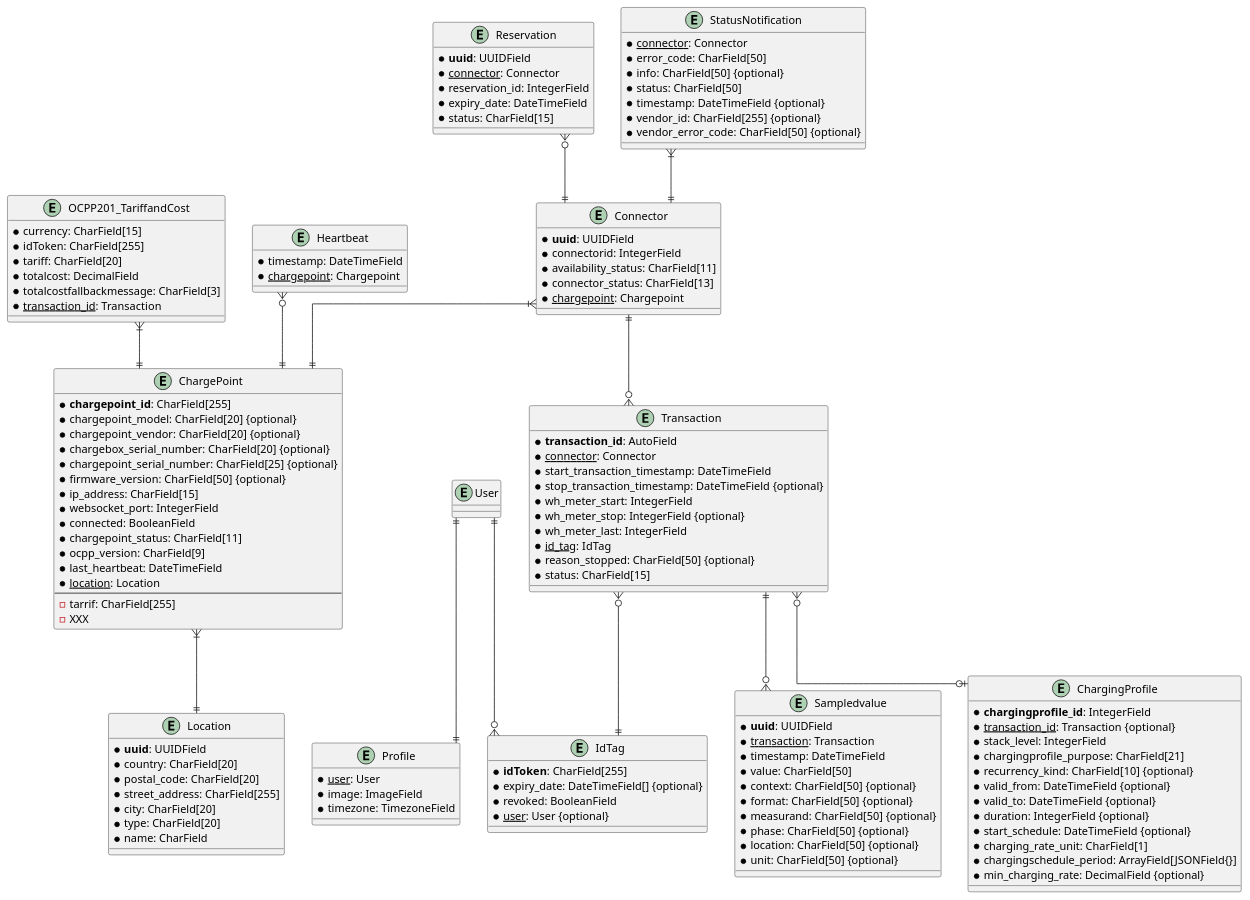
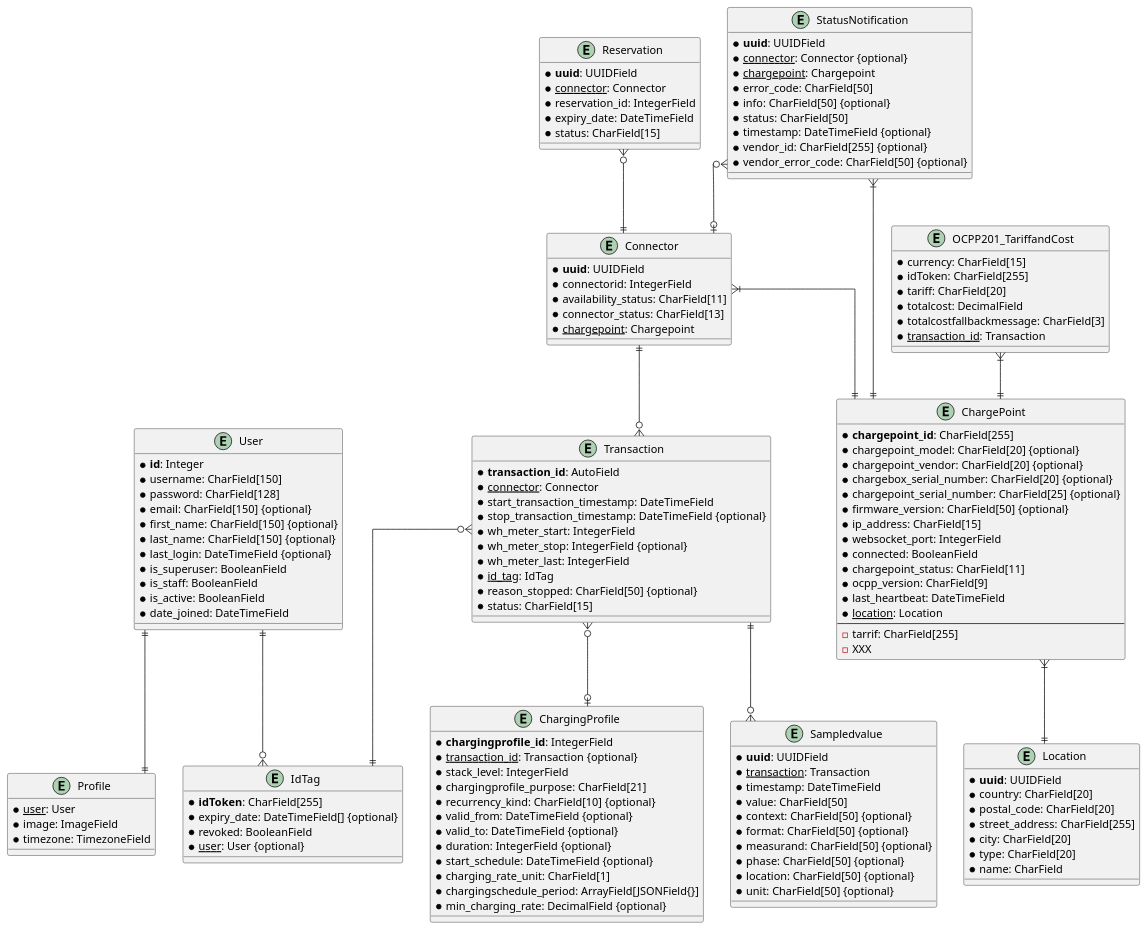
The diagram in docs/er.md (EV4EU/ov2xmp), drawn with PlantUML before and after one commit. The commit also changed 3 other files, not shown here.

```diff
--- a/docs/er.md
+++ b/docs/er.md
@@ -50,11 +50,6 @@
     * <u>chargepoint</u>: Chargepoint
 }
 
-entity "Heartbeat" as heartbeat {
-    * timestamp: DateTimeField
-    * <u>chargepoint</u>: Chargepoint
-}
-
 entity "IdTag" as idtag {
     * **idToken**: CharField[255]
     * expiry_date: DateTimeField[] {optional}
@@ -71,7 +66,9 @@
 }
 
 entity "StatusNotification" as statusnotification {
-    * <u>connector</u>: Connector
+    * **uuid**: UUIDField
+    * <u>connector</u>: Connector {optional}
+    * <u>chargepoint</u>: Chargepoint
     * error_code: CharField[50]
     * info: CharField[50] {optional}
     * status: CharField[50]
@@ -94,7 +91,17 @@
 }
 
 entity "User" as user {
-
+    * **id**: Integer
+    * username: CharField[150]
+    * password: CharField[128]
+    * email: CharField[150] {optional}
+    * first_name: CharField[150] {optional}
+    * last_name: CharField[150] {optional}
+    * last_login: DateTimeField {optional}
+    * is_superuser: BooleanField
+    * is_staff: BooleanField
+    * is_active: BooleanField
+    * date_joined: DateTimeField
 }
 
 entity "Profile" as profile {
@@ -146,8 +153,8 @@
 transaction }o--o| chargingprofile
 transaction ||--o{ sampledvalue
 
-heartbeat }o--|| chargepoint
-statusnotification }|--|| connector
+statusnotification }o--o| connector
+statusnotification }|--|| chargepoint
 reservation }o--|| connector
 
 
```
